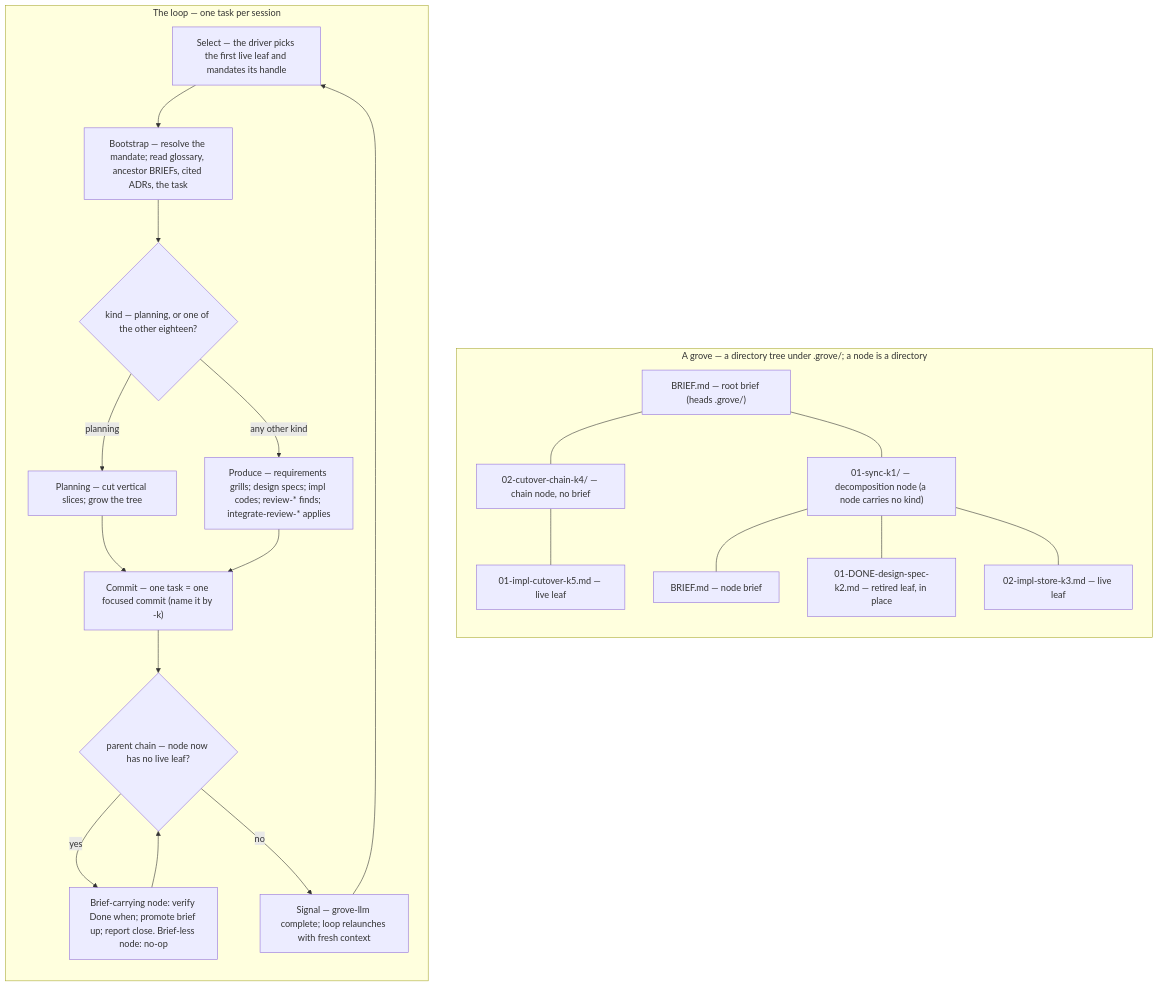
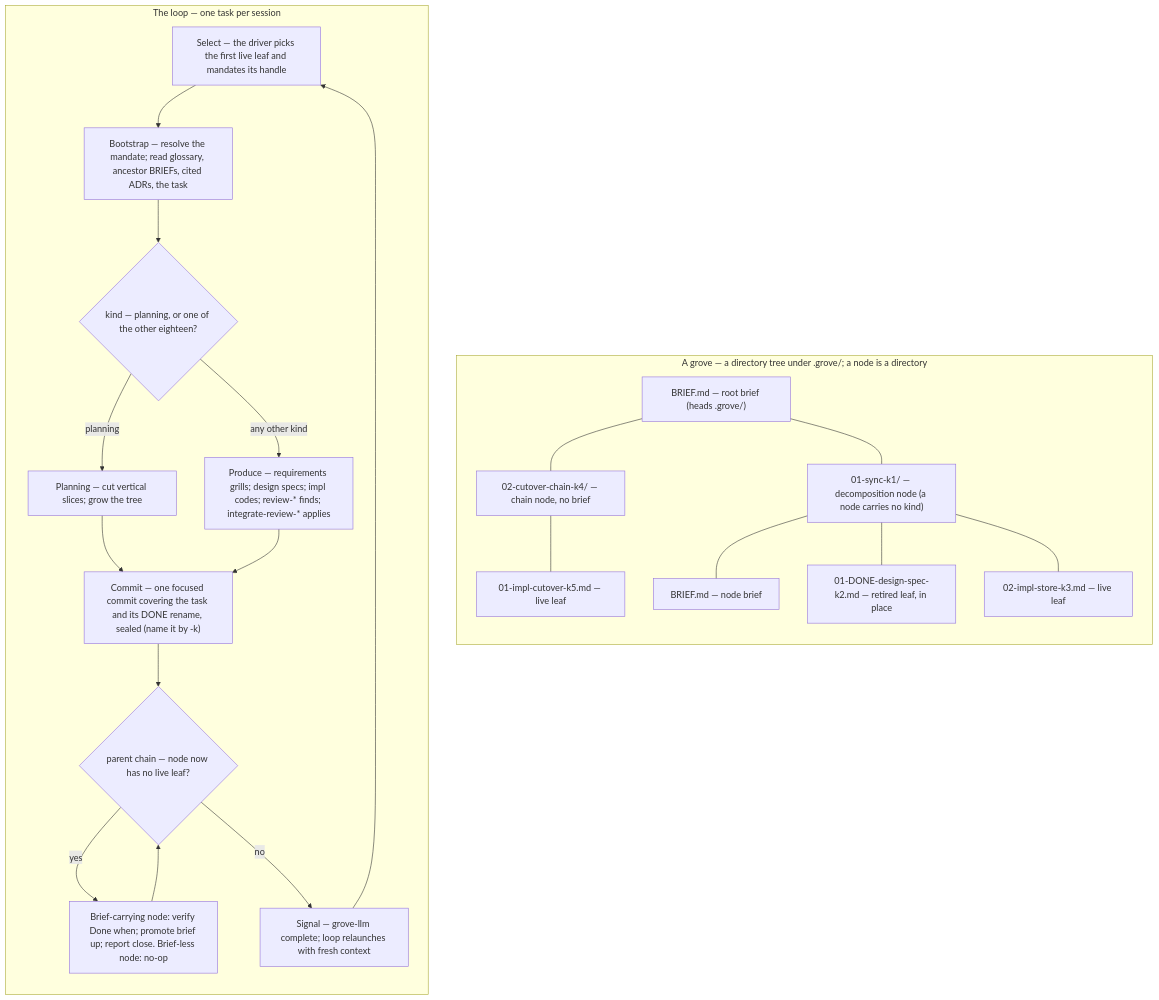
The diagram in content/SKILL.md (Linkuistics/grove), drawn with Mermaid before and after one commit. The commit also changed other lines of this file and 4 other files, not shown here.

````diff
--- a/content/SKILL.md
+++ b/content/SKILL.md
@@ -13,37 +13,37 @@
 ```mermaid
 flowchart TD
   subgraph tree["A grove — a directory tree under .grove/; a node is a directory"]
     direction TB
     root["BRIEF.md — root brief (heads .grove/)"]
     n1["01-sync-k1/ — decomposition node (a node carries no kind)"]
     nb1["BRIEF.md — node brief"]
     l1["01-DONE-design-spec-k2.md — retired leaf, in place"]
     l2["02-impl-store-k3.md — live leaf"]
     n2["02-cutover-chain-k4/ — chain node, no brief"]
     c1["01-impl-cutover-k5.md — live leaf"]
     root --- n1
     root --- n2
     n2 --- c1
     n1 --- nb1
     n1 --- l1
     n1 --- l2
   end
   subgraph loop["The loop — one task per session"]
     direction TB
     pick["Select — the driver picks the first live leaf and mandates its handle"]
     boot["Bootstrap — resolve the mandate; read glossary, ancestor BRIEFs, cited ADRs, the task"]
     exec{"kind — planning, or one of the other eighteen?"}
     plan["Planning — cut vertical slices; grow the tree"]
     work["Produce — requirements grills; design specs; impl codes; review-* finds; integrate-review-* applies"]
-    commit["Commit — one task = one focused commit (name it by <slug>-k<key>)"]
+    commit["Commit — one focused commit covering the task and its DONE rename, sealed (name it by <slug>-k<key>)"]
     retire{"parent chain — node now has no live leaf?"}
     ret["Brief-carrying node: verify Done when; promote brief up; report close. Brief-less node: no-op"]
     signal["Signal — grove-llm complete; loop relaunches with fresh context"]
     pick --> boot --> exec
     exec -->|planning| plan --> commit
     exec -->|any other kind| work --> commit
     commit --> retire
     retire -->|yes| ret --> retire
     retire -->|no| signal --> pick
   end
 ```
````
